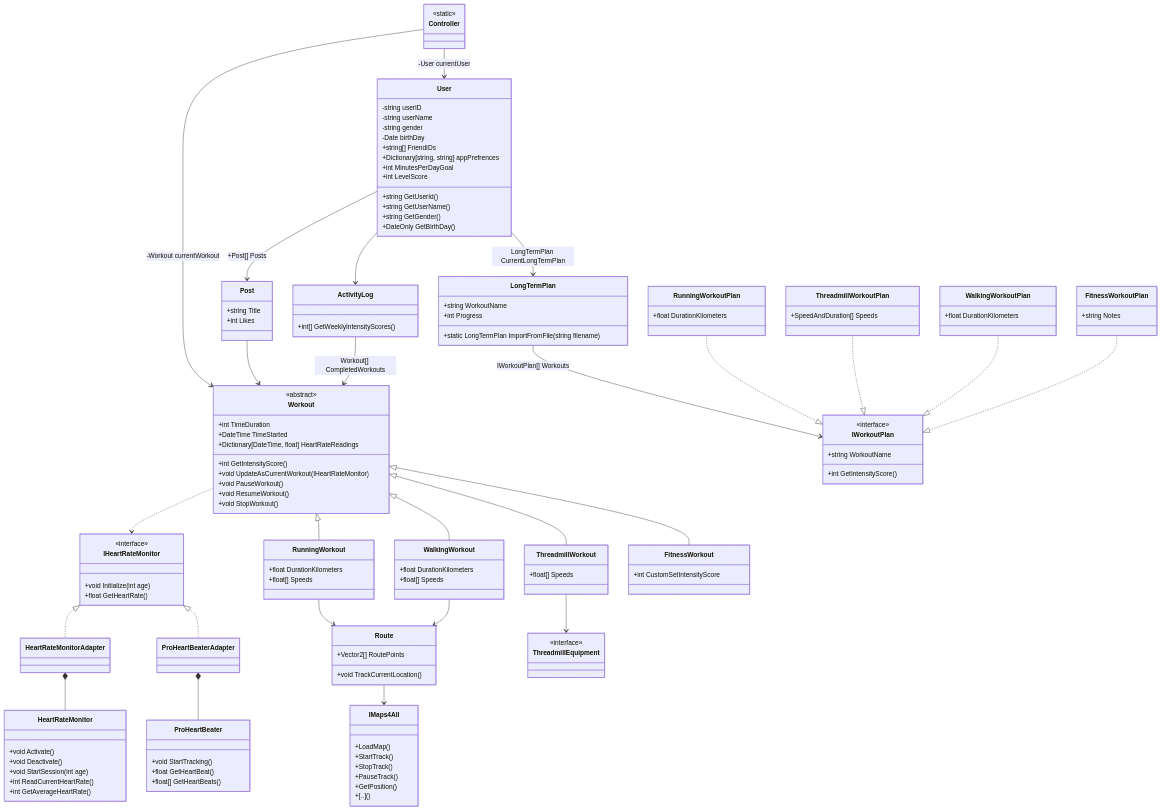
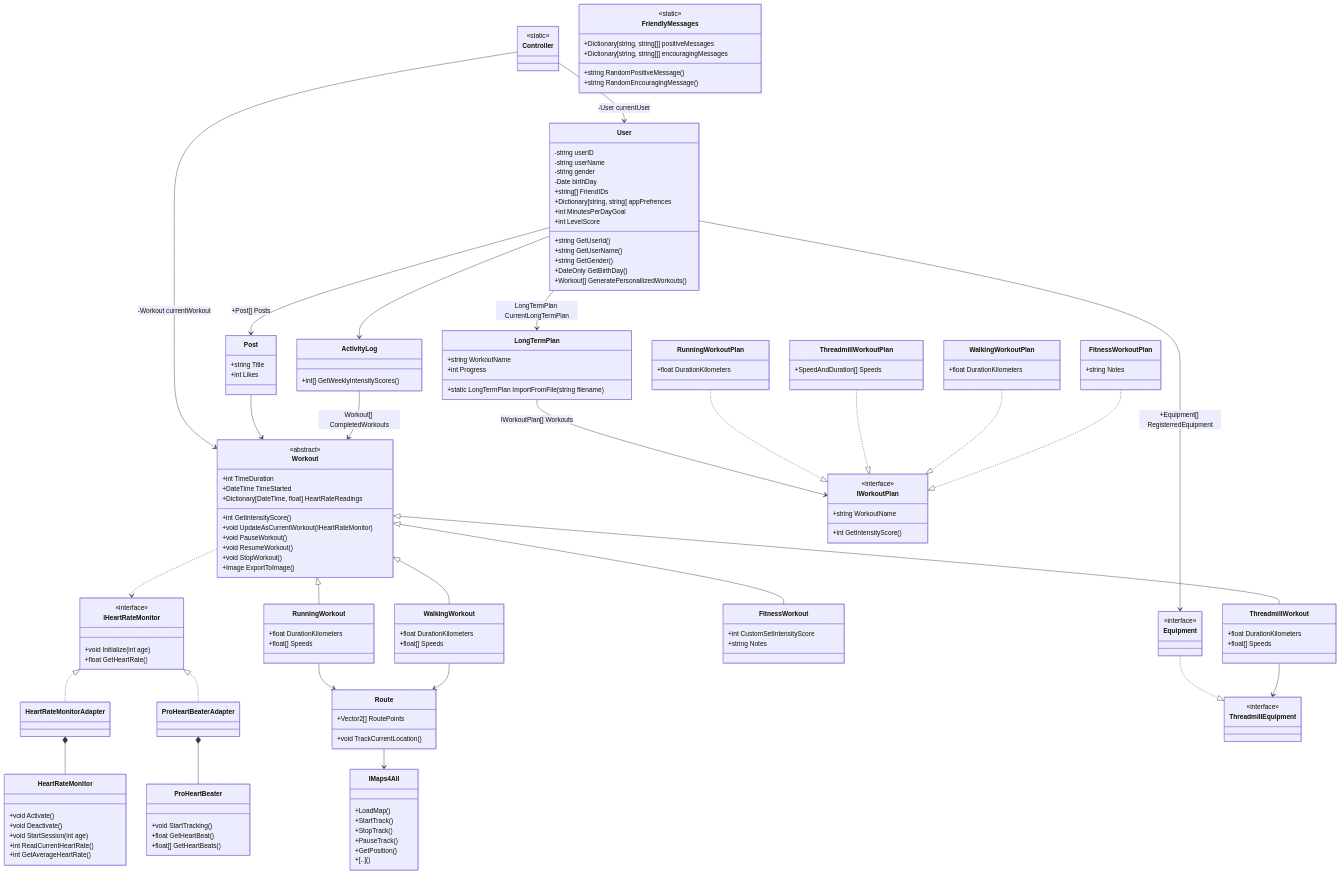
Before and after one commit to SteHun/WorkoutappAssignment: the diagram in classDiagram.md, drawn with Mermaid.

Commit message:
More things

````diff
--- a/classDiagram.md
+++ b/classDiagram.md
@@ -6,6 +6,14 @@
 <<static>> Controller
 Controller --> User : -User currentUser
 Controller --> Workout : -Workout currentWorkout
+
+class FriendlyMessages{
+    +Dictionary[string, string[]] positiveMessages
+    +Dictionary[string, string[]] encouragingMessages
+    +string RandomPositiveMessage()
+    +string RandomEncouragingMessage()
+}
+<<static>> FriendlyMessages
 
 class User{
     -string userID
@@ -20,6 +28,7 @@
     +string GetUserName()
     +string GetGender()
     +DateOnly GetBirthDay()
+    +Workout[] GeneratePersonallizedWorkouts()
 }
 
 User --> Post : +Post[] Posts
@@ -83,6 +92,7 @@
     +void ResumeWorkout()
     +void StopWorkout()
     +Dictionary[DateTime, float] HeartRateReadings
+    +Image ExportToImage()
 }
 <<abstract>> Workout
 
@@ -149,19 +159,28 @@
 Workout <|-- WalkingWorkout 
 WalkingWorkout --> Route
 
+class FitnessWorkout{
+    +int CustomSetIntensityScore
+    +string Notes
+}
+Workout <|-- FitnessWorkout
+
 class ThreadmillWorkout{
+    +float DurationKilometers
     +float[] Speeds
 }
+
+class Equipment
+<<interface>> Equipment
+
+Equipment ..|> ThreadmillEquipment
 
 class ThreadmillEquipment
 <<interface>> ThreadmillEquipment
 
 Workout <|-- ThreadmillWorkout
 ThreadmillWorkout --> ThreadmillEquipment
+User --> Equipment : +Equipment[] RegisterredEquipment
 
-class FitnessWorkout{
-    +int CustomSetIntensityScore
-}
 
-Workout <|-- FitnessWorkout
 ```
````
